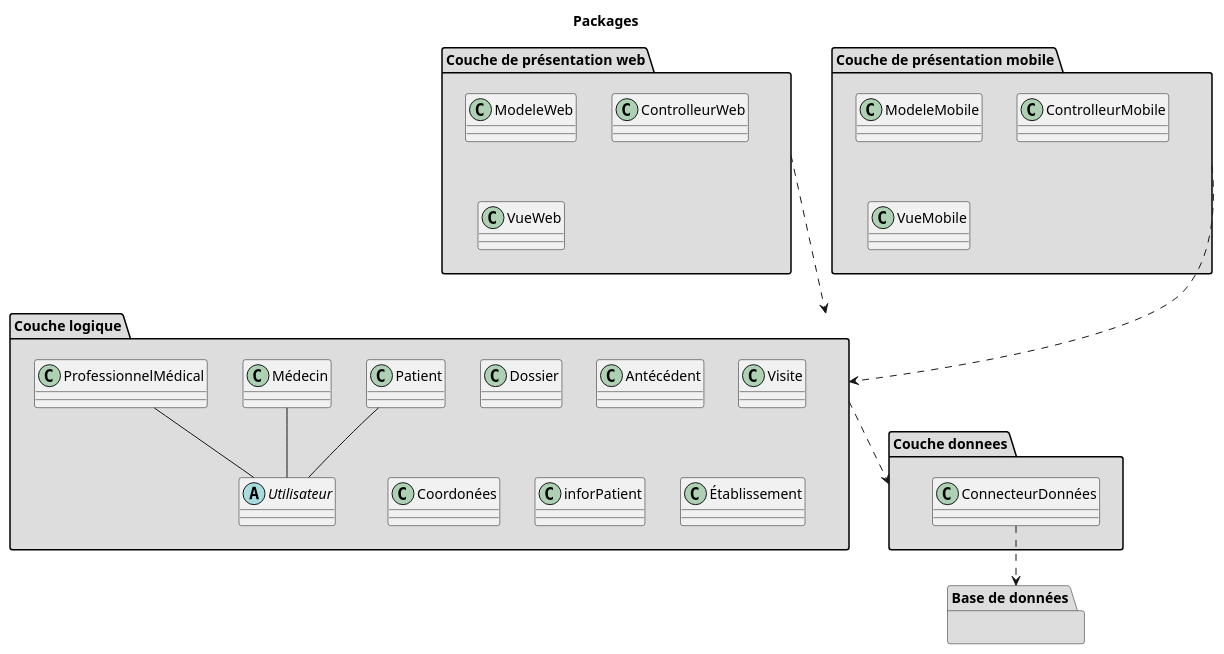
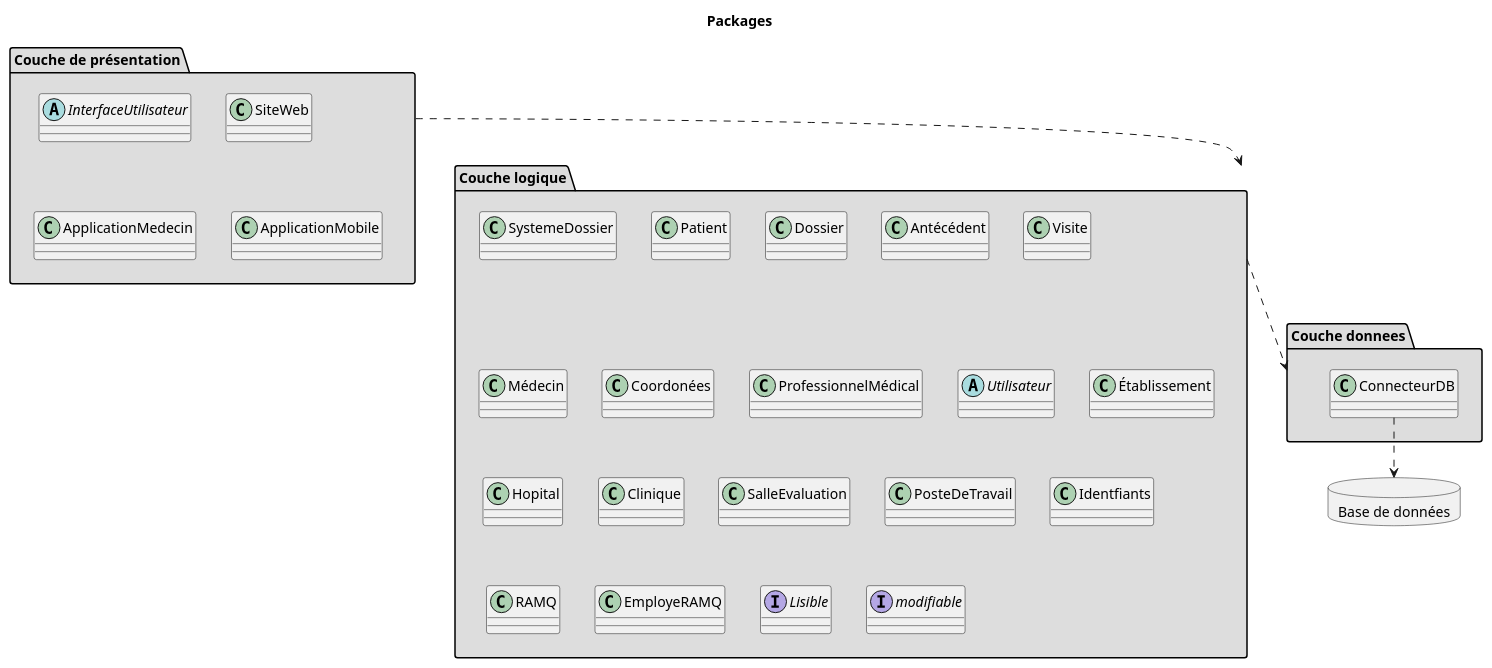
Before and after one commit to vbrayuqam/projet-genielog: the diagram in package.puml, drawn with PlantUML. The commit also changed 1 other file, not shown here.

Commit message:
package update

```diff
--- a/package.puml
+++ b/package.puml
@@ -1,44 +1,47 @@
 @startuml
 
 title Packages
 
-package "Couche de présentation web" #DDDDDD {
-  class ModeleWeb {}
-  class ControlleurWeb{}
-  class VueWeb{}
-}
-
-package "Couche de présentation mobile" #DDDDDD {
-  class ModeleMobile {}
-  class ControlleurMobile{}
-  class VueMobile{}
+package "Couche de présentation" #DDDDDD {
+  abstract "InterfaceUtilisateur"{}
+  class "SiteWeb"{}
+  class "ApplicationMedecin"{}
+  class "ApplicationMobile"{}
 }
 
 package "Couche logique" #DDDDDD  {
+  class "SystemeDossier"
   class "Patient" {}
   class "Dossier" {}
   class "Antécédent" {}
   class "Visite" {}
   class "Médecin" {}
   class "Coordonées" {}
   class "ProfessionnelMédical" {}
-  class "inforPatient" {}
   abstract "Utilisateur" {}
   class "Établissement" {}
+  class "Hopital" {}
+  class "Clinique" {}
+  class "SalleEvaluation" {}
+  class "PosteDeTravail" {}
+  class "Identfiants" {}
+  class "RAMQ" {}
+  class "EmployeRAMQ" {}
+  interface "Lisible" {}
+  interface "modifiable" {}
 }
 
 package "Couche donnees"  #DDDDDD  {
-  class "ConnecteurDonnées" {}
+  class "ConnecteurDB" {}
 }
 
-package "Base de données"  #DDDDDD  {}
+database "Base de données" {
+}
+
 
 "Couche logique" ..> "Couche donnees"
-"Couche de présentation web" ..> "Couche logique"
-"ConnecteurDonnées" ..> "Base de données"
-"Couche de présentation mobile" ..> "Couche logique"
-"Patient" -- "Utilisateur"
-"Médecin" -- "Utilisateur"
-"ProfessionnelMédical" -- "Utilisateur"
+"ConnecteurDB" ..> "Base de données"
+"Couche de présentation" ..> "Couche logique"
+
 
 @enduml
```
